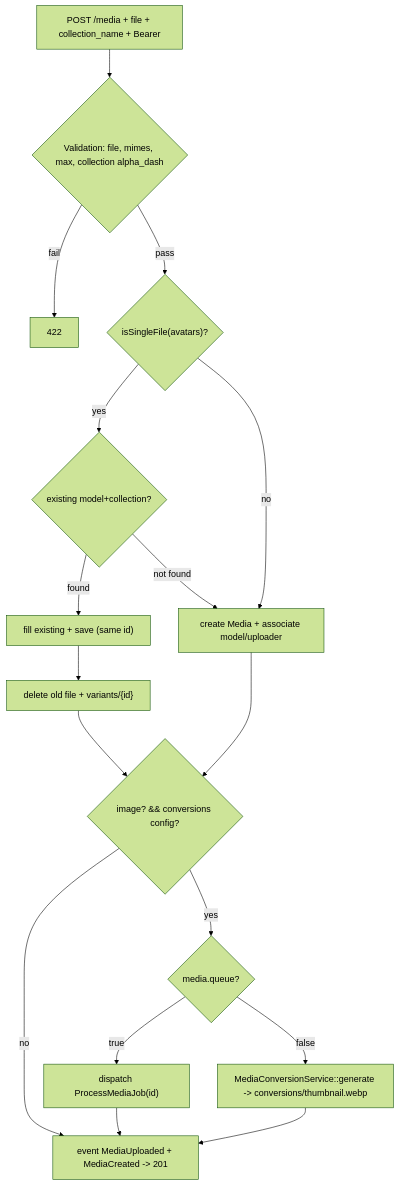
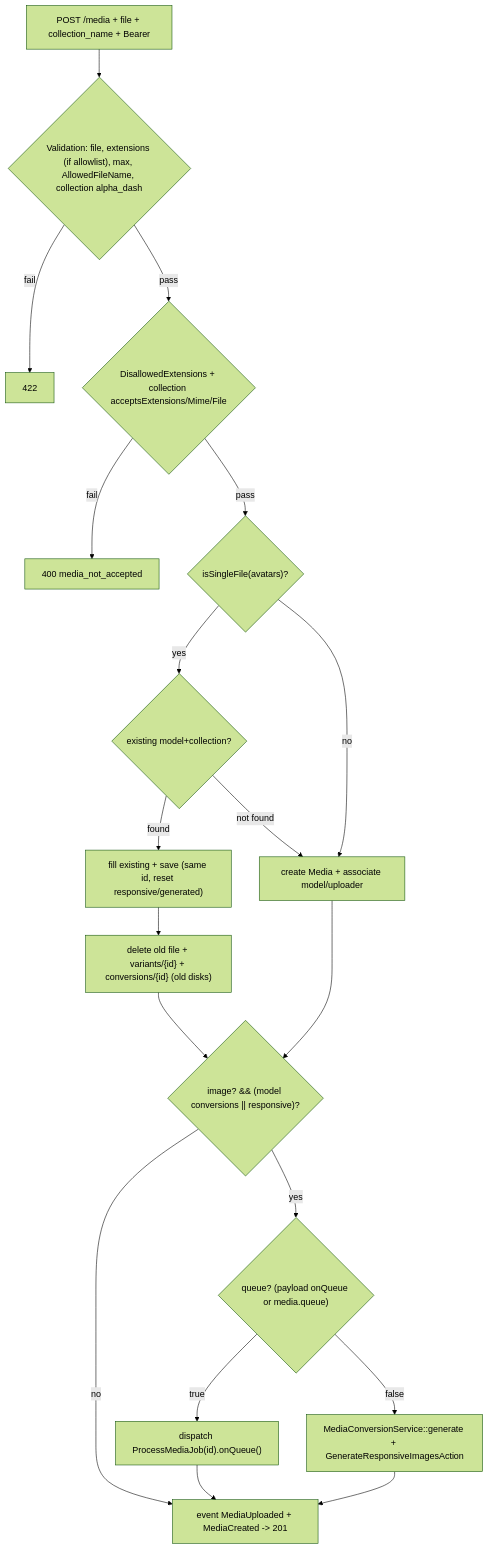
One commit to thomiOmi/laravel-starterkit-api changed the second of 5 diagrams in modules/Media/README.md. Above: the diagram before and after it, drawn with Mermaid (forest theme). The commit also changed other lines of this file, not shown here.

First line of the commit message:
docs(media): sync README with polymorphic implementation

````diff
--- a/modules/Media/README.md
+++ b/modules/Media/README.md
@@ -138,19 +153,21 @@
 ```mermaid
 flowchart TD
-    Req["POST /media + file + collection_name + Bearer"] --> Val{"Validation: file, mimes, max, collection alpha_dash"}
+    Req["POST /media + file + collection_name + Bearer"] --> Val{"Validation: file, extensions (if allowlist), max, AllowedFileName, collection alpha_dash"}
     Val -- fail --> N422["422"]
-    Val -- pass --> Single{"isSingleFile(avatars)?"}
+    Val -- pass --> Guard{"DisallowedExtensions + collection acceptsExtensions/Mime/File"}
+    Guard -- fail --> N400["400 media_not_accepted"]
+    Guard -- pass --> Single{"isSingleFile(avatars)?"}
     Single -- yes --> Find{"existing model+collection?"}
-    Find -- found --> Upd["fill existing + save (same id)"]
-    Upd --> CleanOld["delete old file + variants/{id}"]
+    Find -- found --> Upd["fill existing + save (same id, reset responsive/generated)"]
+    Upd --> CleanOld["delete old file + variants/{id} + conversions/{id} (old disks)"]
     CleanOld --> Conv
     Find -- not found --> Create["create Media + associate model/uploader"]
     Single -- no --> Create
-    Create --> Conv{"image? && conversions config?"}
+    Create --> Conv{"image? && (model conversions || responsive)?"}
     Conv -- no --> Event["event MediaUploaded + MediaCreated -> 201"]
-    Conv -- yes --> Q{"media.queue?"}
-    Q -- true --> Job["dispatch ProcessMediaJob(id)"]
-    Q -- false --> Sync["MediaConversionService::generate -> conversions/thumbnail.webp"]
+    Conv -- yes --> Q{"queue? (payload onQueue or media.queue)"}
+    Q -- true --> Job["dispatch ProcessMediaJob(id).onQueue()"]
+    Q -- false --> Sync["MediaConversionService::generate + GenerateResponsiveImagesAction"]
     Job --> Event
     Sync --> Event
 ```
````
